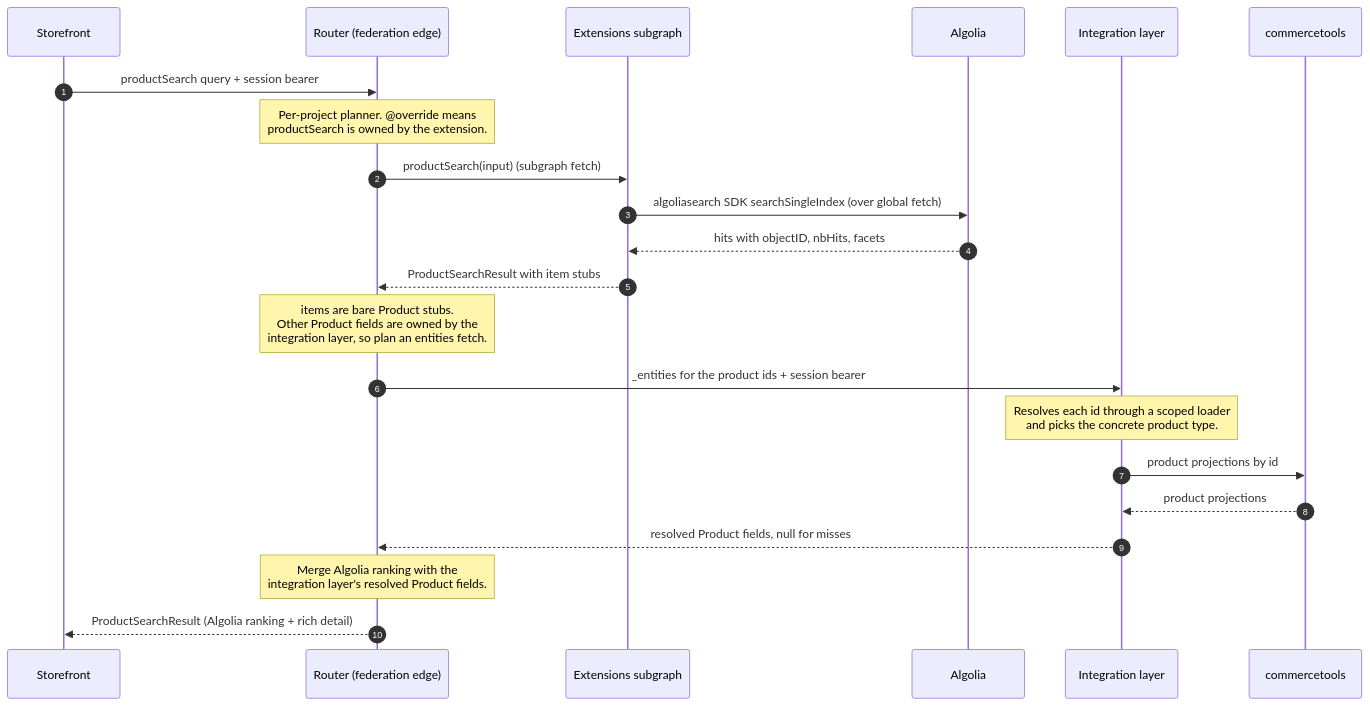
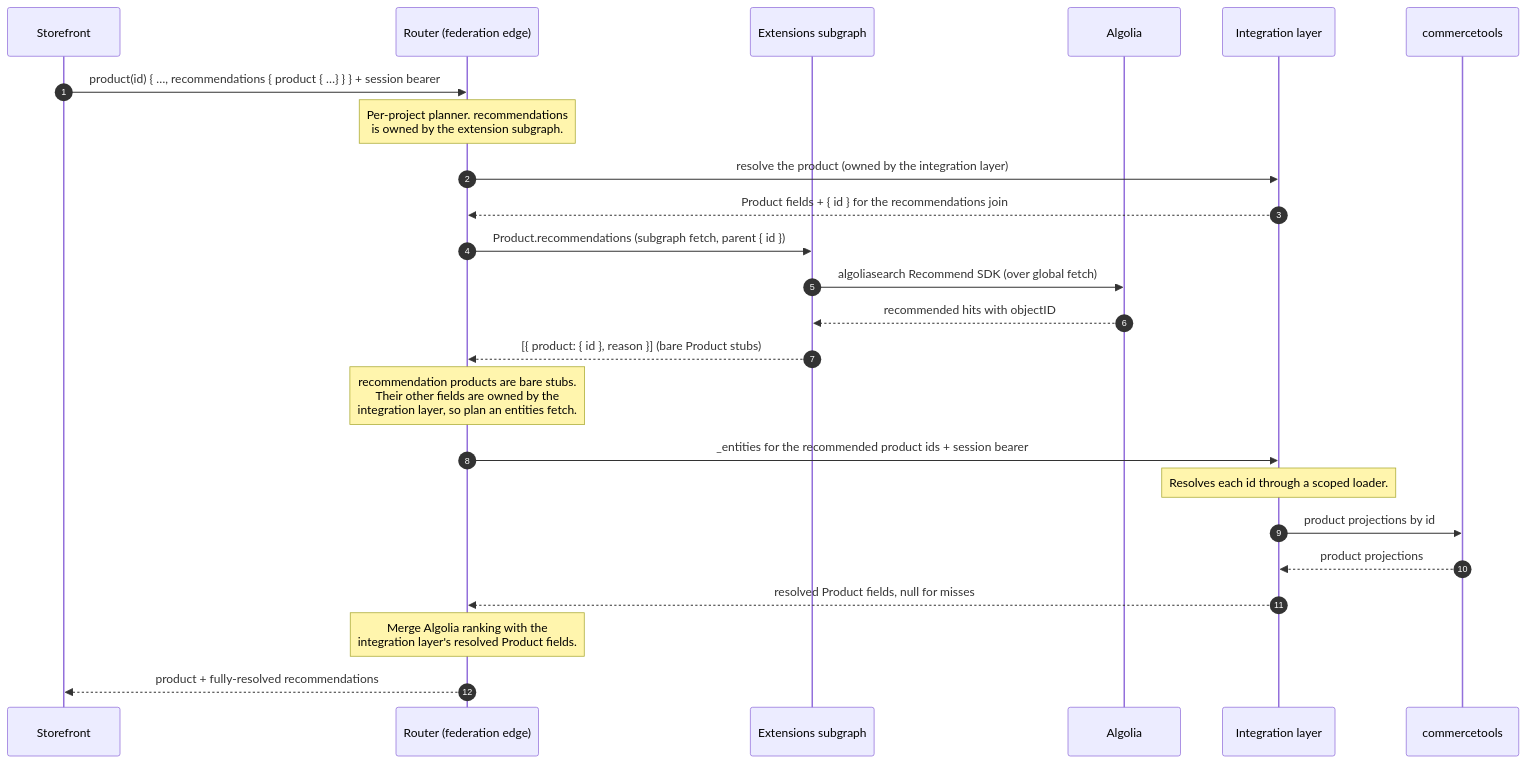
One commit to commercetools/commerce-integration-layer-extensions changed the second of 2 diagrams in README.md. Above: the diagram before and after it, drawn with Mermaid. The commit also changed other lines of this file and 9 other files, not shown here.

````diff
--- a/README.md
+++ b/README.md
@@ -767,29 +781,31 @@
 ```mermaid
 sequenceDiagram
     autonumber
     participant SF as Storefront
     participant R as Router (federation edge)
     participant X as Extensions subgraph
     participant AL as Algolia
     participant T as Integration layer
     participant CT as commercetools
 
-    SF->>R: productSearch query + session bearer
-    Note over R: Per-project planner. @override means<br/>productSearch is owned by the extension.
+    SF->>R: product(id) { …, recommendations { product { …} } } + session bearer
+    Note over R: Per-project planner. recommendations<br/>is owned by the extension subgraph.
 
-    R->>X: productSearch(input)  (subgraph fetch)
-    X->>AL: algoliasearch SDK searchSingleIndex (over global fetch)
-    AL-->>X: hits with objectID, nbHits, facets
-    X-->>R: ProductSearchResult with item stubs
+    R->>T: resolve the product (owned by the integration layer)
+    T-->>R: Product fields + { id } for the recommendations join
+    R->>X: Product.recommendations  (subgraph fetch, parent { id })
+    X->>AL: algoliasearch Recommend SDK (over global fetch)
+    AL-->>X: recommended hits with objectID
+    X-->>R: [{ product: { id }, reason }]  (bare Product stubs)
 
-    Note over R: items are bare Product stubs.<br/>Other Product fields are owned by the<br/>integration layer, so plan an entities fetch.
+    Note over R: recommendation products are bare stubs.<br/>Their other fields are owned by the<br/>integration layer, so plan an entities fetch.
 
-    R->>T: _entities for the product ids + session bearer
-    Note over T: Resolves each id through a scoped loader<br/>and picks the concrete product type.
+    R->>T: _entities for the recommended product ids + session bearer
+    Note over T: Resolves each id through a scoped loader.
     T->>CT: product projections by id
     CT-->>T: product projections
     T-->>R: resolved Product fields, null for misses
 
     Note over R: Merge Algolia ranking with the<br/>integration layer's resolved Product fields.
-    R-->>SF: ProductSearchResult (Algolia ranking + rich detail)
+    R-->>SF: product + fully-resolved recommendations
 ```
````
